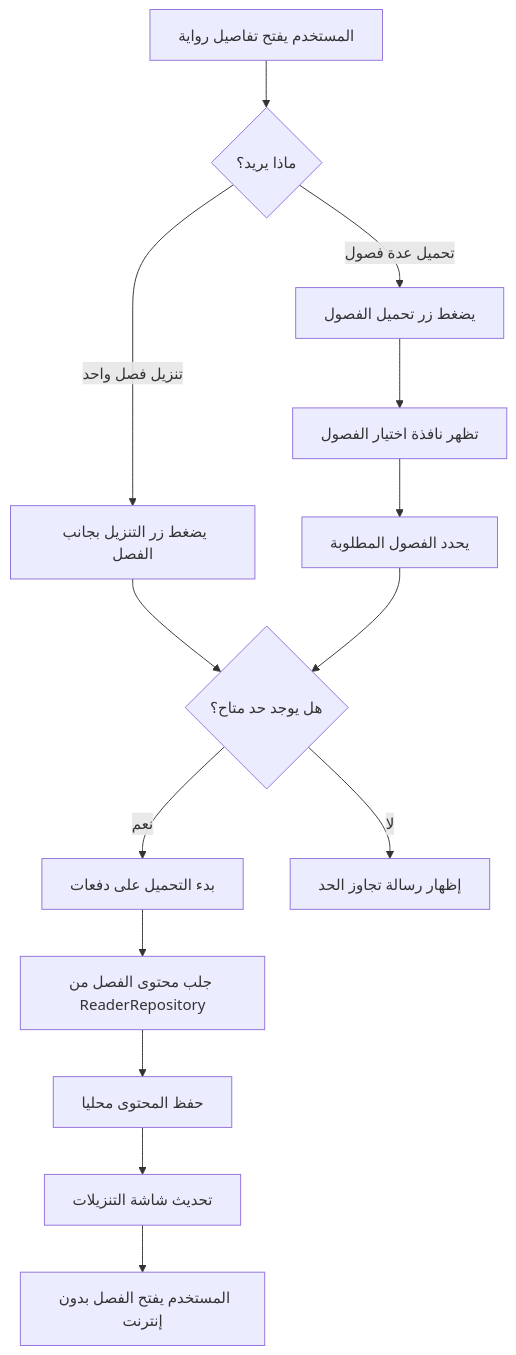
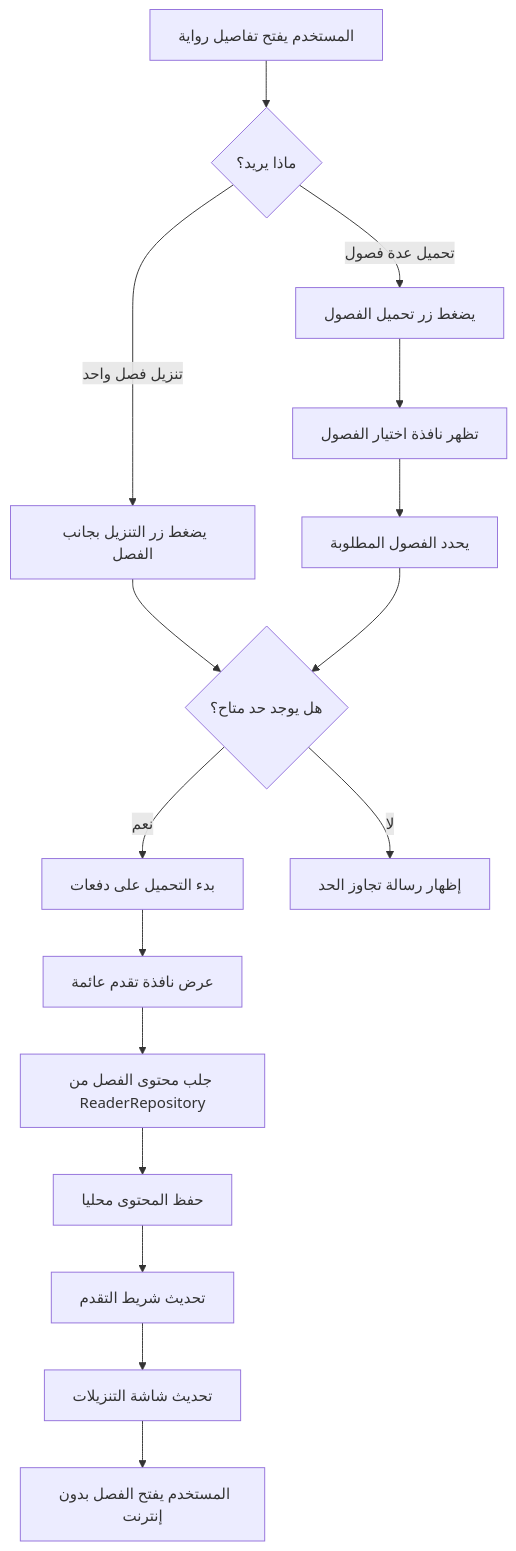
One commit to mohmaedeslam00116/Galaxy-Novels changed the first of 3 diagrams in galaxy_novels_app/docs/superpowers/specs/2026-06-20-galaxy-novels-downloads-design.md. Above: the diagram before and after it, drawn with Mermaid. The commit also changed other lines of this file, not shown here.

````diff
--- a/galaxy_novels_app/docs/superpowers/specs/2026-06-20-galaxy-novels-downloads-design.md
+++ b/galaxy_novels_app/docs/superpowers/specs/2026-06-20-galaxy-novels-downloads-design.md
@@ -127,16 +156,18 @@
 ```mermaid
 flowchart TD
   A["المستخدم يفتح تفاصيل رواية"] --> B{"ماذا يريد؟"}
   B -->|"تنزيل فصل واحد"| C["يضغط زر التنزيل بجانب الفصل"]
   B -->|"تحميل عدة فصول"| D["يضغط زر تحميل الفصول"]
   D --> E["تظهر نافذة اختيار الفصول"]
   E --> F["يحدد الفصول المطلوبة"]
   C --> G{"هل يوجد حد متاح؟"}
   F --> G
   G -->|"نعم"| H["بدء التحميل على دفعات"]
   G -->|"لا"| I["إظهار رسالة تجاوز الحد"]
-  H --> J["جلب محتوى الفصل من ReaderRepository"]
+  H --> P["عرض نافذة تقدم عائمة"]
+  P --> J["جلب محتوى الفصل من ReaderRepository"]
   J --> K["حفظ المحتوى محليا"]
-  K --> L["تحديث شاشة التنزيلات"]
+  K --> Q["تحديث شريط التقدم"]
+  Q --> L["تحديث شاشة التنزيلات"]
   L --> M["المستخدم يفتح الفصل بدون إنترنت"]
 ```
````
